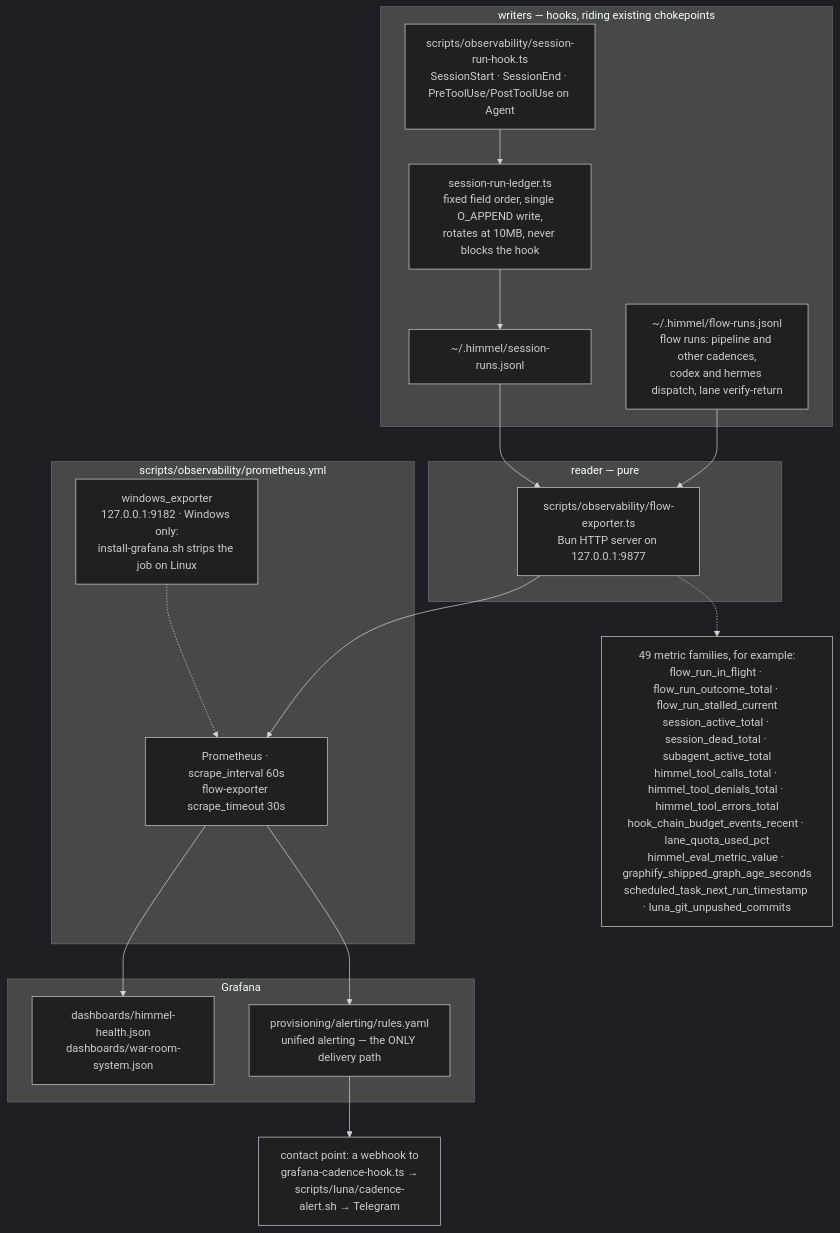
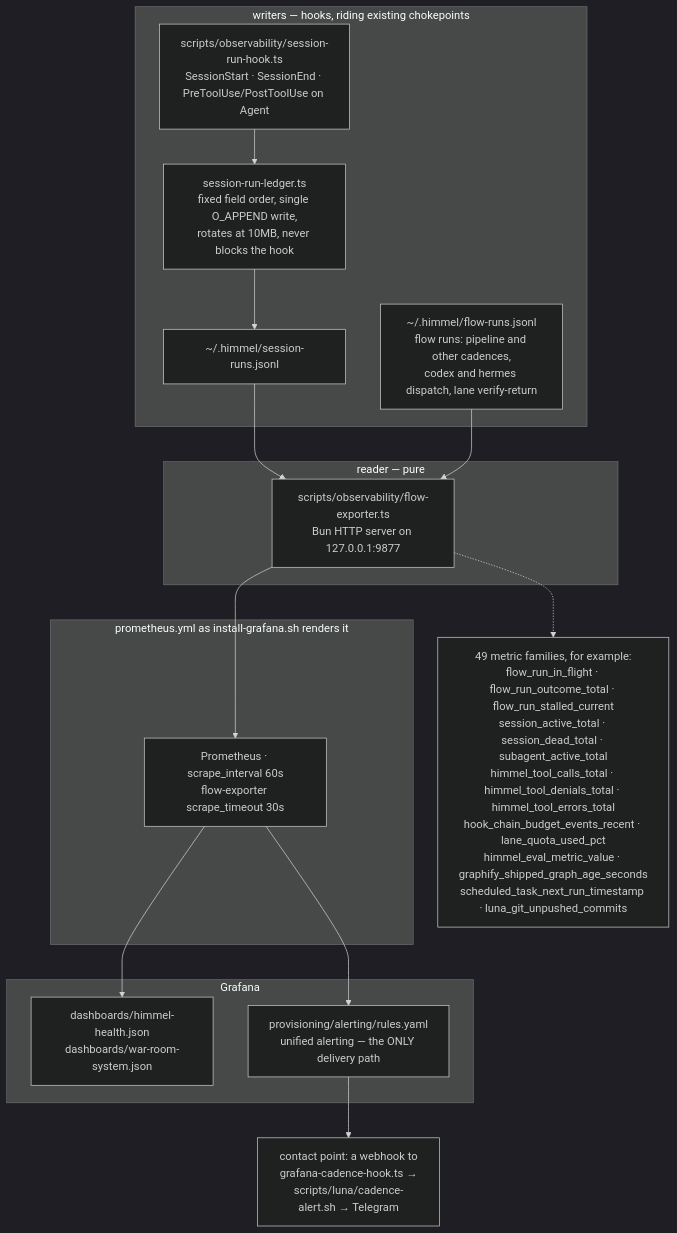
One commit to Goomal/Himmel changed the fifth of 5 diagrams in docs/architecture.md. Above: the diagram before and after it, drawn with Mermaid (dark theme). The commit also changed other lines of this file and 3 other files, not shown here.

First line of the commit message:
docs: [HIMMEL-7481] configuration, architecture and end-session-wiki name only what is true today (#3938)

````diff
--- a/docs/architecture.md
+++ b/docs/architecture.md
@@ -278,34 +278,32 @@
 ```mermaid
 flowchart TD
     subgraph WRITE["writers — hooks, riding existing chokepoints"]
         HK["scripts/observability/session-run-hook.ts<br/>SessionStart · SessionEnd · PreToolUse/PostToolUse on Agent"]
         SL["session-run-ledger.ts<br/>fixed field order, single O_APPEND write,<br/>rotates at 10MB, never blocks the hook"]
         LED["~/.himmel/session-runs.jsonl"]
         FLOW["~/.himmel/flow-runs.jsonl<br/>flow runs: pipeline and other cadences,<br/>codex and hermes dispatch, lane verify-return"]
         HK --> SL --> LED
     end
 
     subgraph READ["reader — pure"]
         EXP["scripts/observability/flow-exporter.ts<br/>Bun HTTP server on 127.0.0.1:9877"]
         LED --> EXP
         FLOW --> EXP
     end
 
-    subgraph SCRAPE["scripts/observability/prometheus.yml"]
+    subgraph SCRAPE["prometheus.yml as install-grafana.sh renders it"]
         PROM["Prometheus · scrape_interval 60s<br/>flow-exporter scrape_timeout 30s"]
-        WEXP["windows_exporter<br/>127.0.0.1:9182 · Windows only:<br/>install-grafana.sh strips the job on Linux"]
         EXP --> PROM
-        WEXP -.-> PROM
     end
 
     subgraph VIEW["Grafana"]
         DASH["dashboards/himmel-health.json<br/>dashboards/war-room-system.json"]
         ALERT["provisioning/alerting/rules.yaml<br/>unified alerting — the ONLY delivery path"]
         PROM --> DASH
         PROM --> ALERT
     end
 
     ALERT --> TG["contact point: a webhook to<br/>grafana-cadence-hook.ts →<br/>scripts/luna/cadence-alert.sh → Telegram"]
 
     EXP -.-> M["49 metric families, for example:<br/>flow_run_in_flight · flow_run_outcome_total · flow_run_stalled_current<br/>session_active_total · session_dead_total · subagent_active_total<br/>himmel_tool_calls_total · himmel_tool_denials_total · himmel_tool_errors_total<br/>hook_chain_budget_events_recent · lane_quota_used_pct<br/>himmel_eval_metric_value · graphify_shipped_graph_age_seconds<br/>scheduled_task_next_run_timestamp · luna_git_unpushed_commits"]
 ```
````
